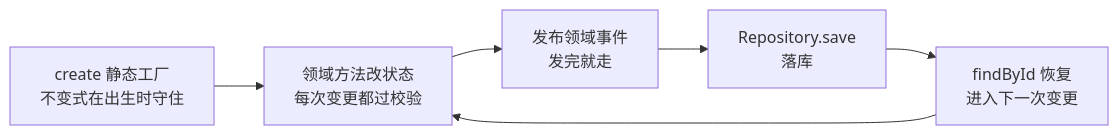
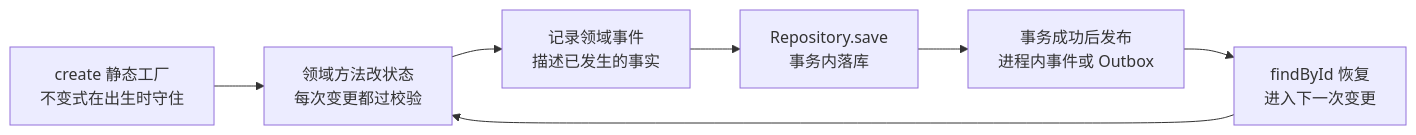
One commit to CrazyForks/java-full-stack changed the second of 7 diagrams in docs/04-阶段四-微服务架构与分布式系统/04-DDD领域驱动设计.md. Above: the diagram before and after it, drawn with Mermaid. The commit also changed other lines of this file and 58 other files, not shown here.

````diff
--- a/docs/04-阶段四-微服务架构与分布式系统/04-DDD领域驱动设计.md
+++ b/docs/04-阶段四-微服务架构与分布式系统/04-DDD领域驱动设计.md
@@ -204,8 +211,9 @@
 ```mermaid
-flowchart LR
+graph LR
     A["create 静态工厂<br/>不变式在出生时守住"] --> B["领域方法改状态<br/>每次变更都过校验"]
-    B --> C["发布领域事件<br/>发完就走"]
-    C --> D["Repository.save<br/>落库"]
-    D --> E["findById 恢复<br/>进入下一次变更"]
+    B --> C["记录领域事件<br/>描述已发生的事实"]
+    C --> D["Repository.save<br/>事务内落库"]
+    D --> F["事务成功后发布<br/>进程内事件或 Outbox"]
+    F --> E["findById 恢复<br/>进入下一次变更"]
     E --> B
 ```
````
